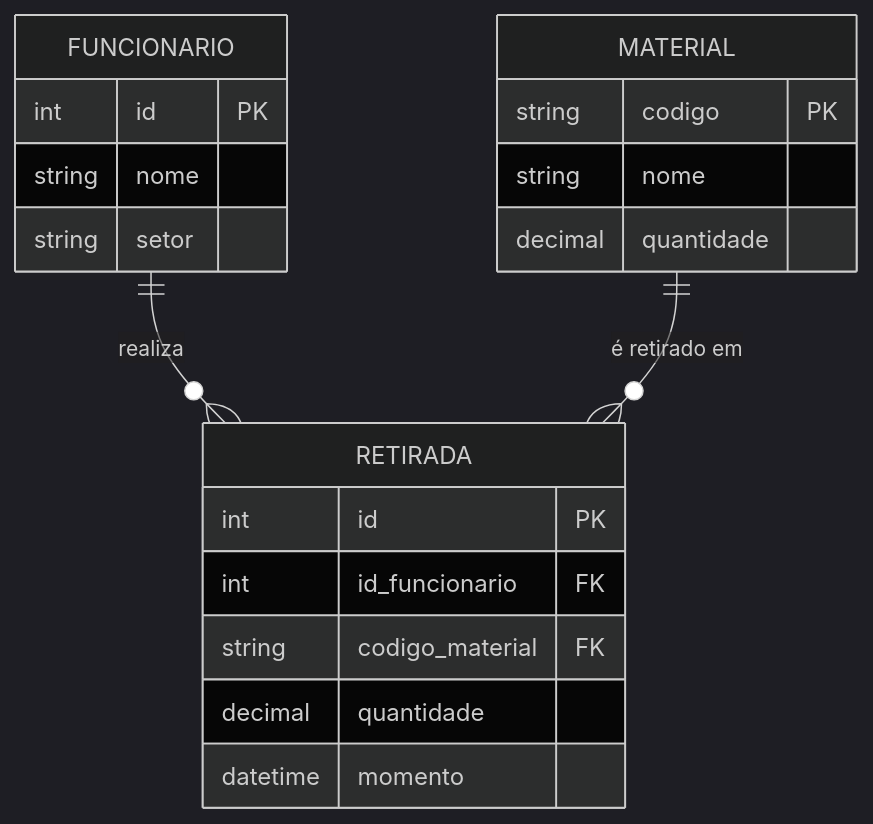
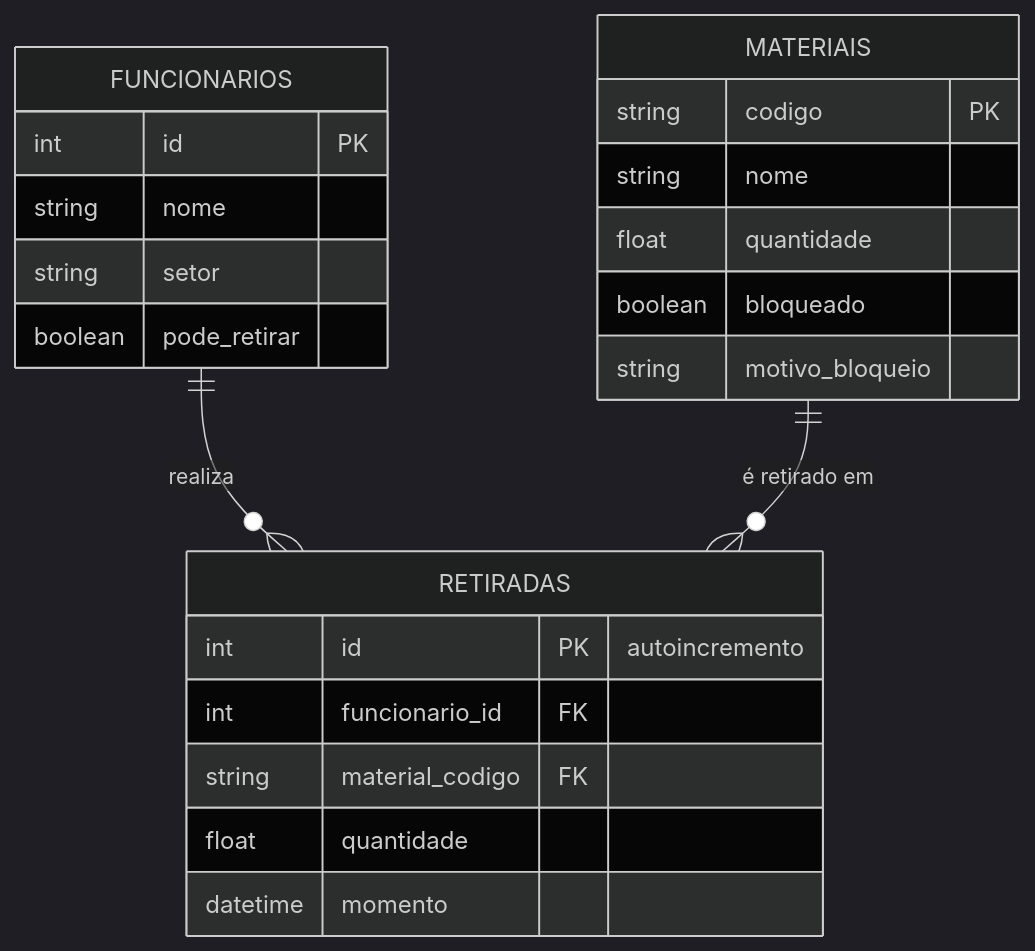
The diagram in README.md (Kleiwan/Projeto-Final-Poo), drawn with Mermaid (dark theme) before and after one commit. The commit also changed other lines of this file, not shown here.

````diff
--- a/README.md
+++ b/README.md
@@ -44,25 +48,28 @@
 ```mermaid
 erDiagram
-    FUNCIONARIO {
+    FUNCIONARIOS {
         int id PK
         string nome
         string setor
+        boolean pode_retirar
     }
 
-    MATERIAL {
+    MATERIAIS {
         string codigo PK
         string nome
-        decimal quantidade
+        float quantidade
+        boolean bloqueado
+        string motivo_bloqueio
     }
 
-    RETIRADA {
-        int id PK
-        int id_funcionario FK
-        string codigo_material FK
-        decimal quantidade
+    RETIRADAS {
+        int id PK "autoincremento"
+        int funcionario_id FK
+        string material_codigo FK
+        float quantidade
         datetime momento
     }
 
-    FUNCIONARIO ||--o{ RETIRADA : realiza
-    MATERIAL ||--o{ RETIRADA : "é retirado em"
+    FUNCIONARIOS ||--o{ RETIRADAS : realiza
+    MATERIAIS ||--o{ RETIRADAS : "é retirado em"
 ```
````
